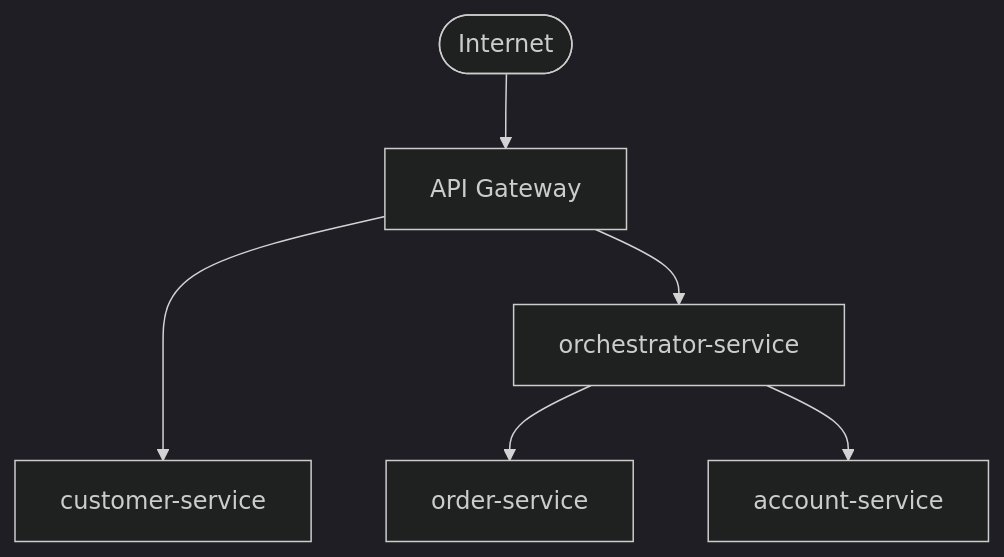
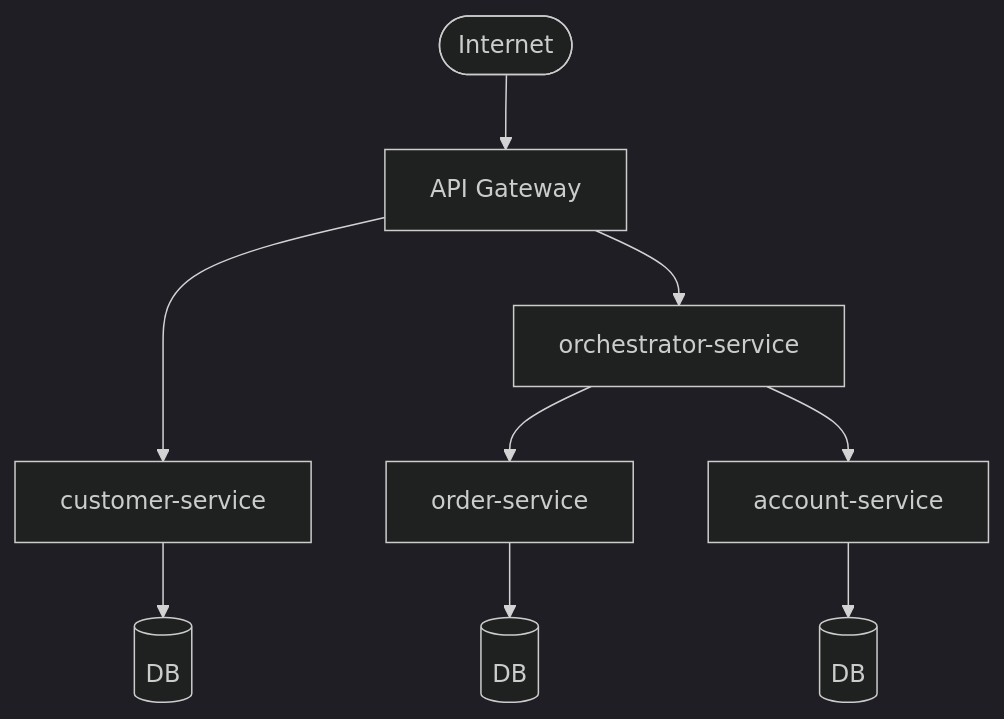
The diagram in README.md (hiroki-it/microservices-backend), drawn with Mermaid before and after one commit.

Commit message:
update ドキュメントを変更した．

````diff
--- a/README.md
+++ b/README.md
@@ -28,9 +28,12 @@
 ```mermaid
 %%{init:{'theme':'dark'}}%%
 graph TD
     A([Internet]) --> B[API Gateway]
     B             ---> C[customer-service]
-    B             --> D[orchestrator-service]
-    D             --> E[order-service]
-    D             --> F[account-service]
+    B             --> E[orchestrator-service]
+    C             --> D[(DB)]
+    E             --> F[order-service]
+    E             --> H[account-service]
+    F             --> G[(DB)]
+    H             --> I[(DB)]
 ```
````
